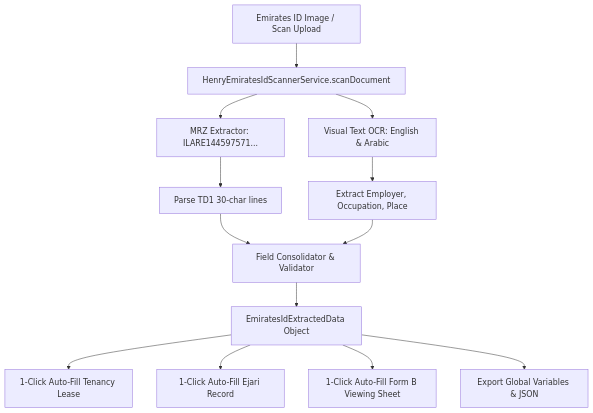
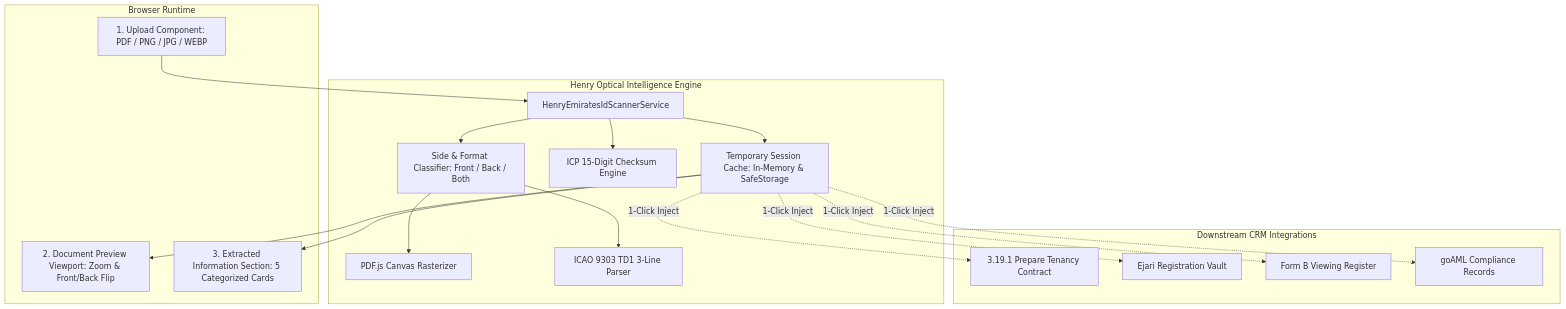
Before and after one commit to arslan9024/White-Caves: the diagram in business_docs/henry_document_records_keeper/HENRY_EMIRATES_ID_SCANNER_SDD.md, drawn with Mermaid. The commit also changed other lines of this file and 22 other files, not shown here.

Commit message:
feat(henry-ai): complete 3.19.1-3.19.5 optical document scanners with session caching and 3-part UI

````diff
--- a/business_docs/henry_document_records_keeper/HENRY_EMIRATES_ID_SCANNER_SDD.md
+++ b/business_docs/henry_document_records_keeper/HENRY_EMIRATES_ID_SCANNER_SDD.md
@@ -11,20 +12,39 @@
 ```mermaid
 graph TD
-    Upload[Emirates ID Image / Scan Upload] --> Ingest[HenryEmiratesIdScannerService.scanDocument]
-    
-    Ingest --> MRZDetect[MRZ Extractor: ILARE144597571...]
-    Ingest --> TextDetect[Visual Text OCR: English & Arabic]
+    subgraph Client [Browser Runtime]
+        Uploader[1. Upload Component: PDF / PNG / JPG / WEBP]
+        Preview[2. Document Preview Viewport: Zoom & Front/Back Flip]
+        SectionView[3. Extracted Information Section: 5 Categorized Cards]
+    end
 
-    MRZDetect --> ParseMRZ[Parse TD1 30-char lines]
-    TextDetect --> ParseText[Extract Employer, Occupation, Place]
+    subgraph ServiceLayer [Henry Optical Intelligence Engine]
+        ScannerSvc[HenryEmiratesIdScannerService]
+        SideClassifier[Side & Format Classifier: Front / Back / Both]
+        PdfRenderer[PDF.js Canvas Rasterizer]
+        MrzParser[ICAO 9303 TD1 3-Line Parser]
+        ChecksumValidator[ICP 15-Digit Checksum Engine]
+        TempStore[Temporary Session Cache: In-Memory & SafeStorage]
+    end
 
-    ParseMRZ --> Consolidate[Field Consolidator & Validator]
-    ParseText --> Consolidate
+    subgraph DownstreamConsumers [Downstream CRM Integrations]
+        TenancyStudio[3.19.1 Prepare Tenancy Contract]
+        EjariVault[Ejari Registration Vault]
+        FormB[Form B Viewing Register]
+        KYCAudit[goAML Compliance Records]
+    end
 
-    Consolidate --> ExtractedPayload[EmiratesIdExtractedData Object]
+    Uploader --> ScannerSvc
+    ScannerSvc --> SideClassifier
+    SideClassifier --> PdfRenderer
+    SideClassifier --> MrzParser
+    ScannerSvc --> ChecksumValidator
+    ScannerSvc --> TempStore
 
-    ExtractedPayload --> Action1[1-Click Auto-Fill Tenancy Lease]
-    ExtractedPayload --> Action2[1-Click Auto-Fill Ejari Record]
-    ExtractedPayload --> Action3[1-Click Auto-Fill Form B Viewing Sheet]
-    ExtractedPayload --> Action4[Export Global Variables & JSON]
+    TempStore --> Preview
+    TempStore --> SectionView
+
+    TempStore -.->|1-Click Inject| TenancyStudio
+    TempStore -.->|1-Click Inject| EjariVault
+    TempStore -.->|1-Click Inject| FormB
+    TempStore -.->|1-Click Inject| KYCAudit
 ```
````
